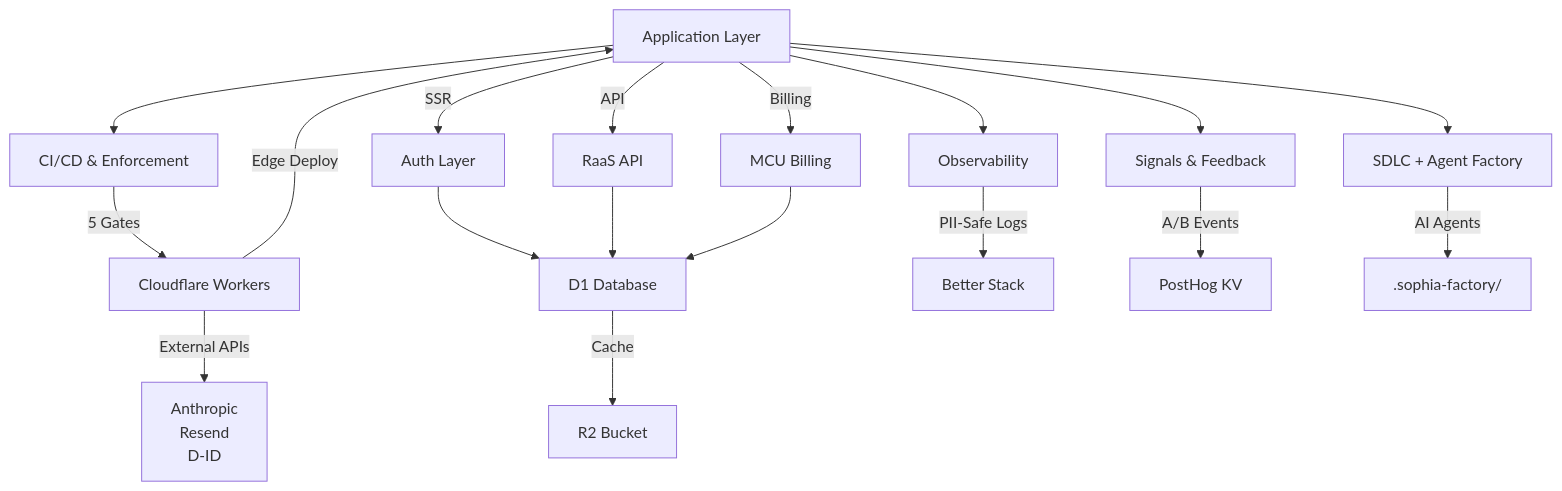
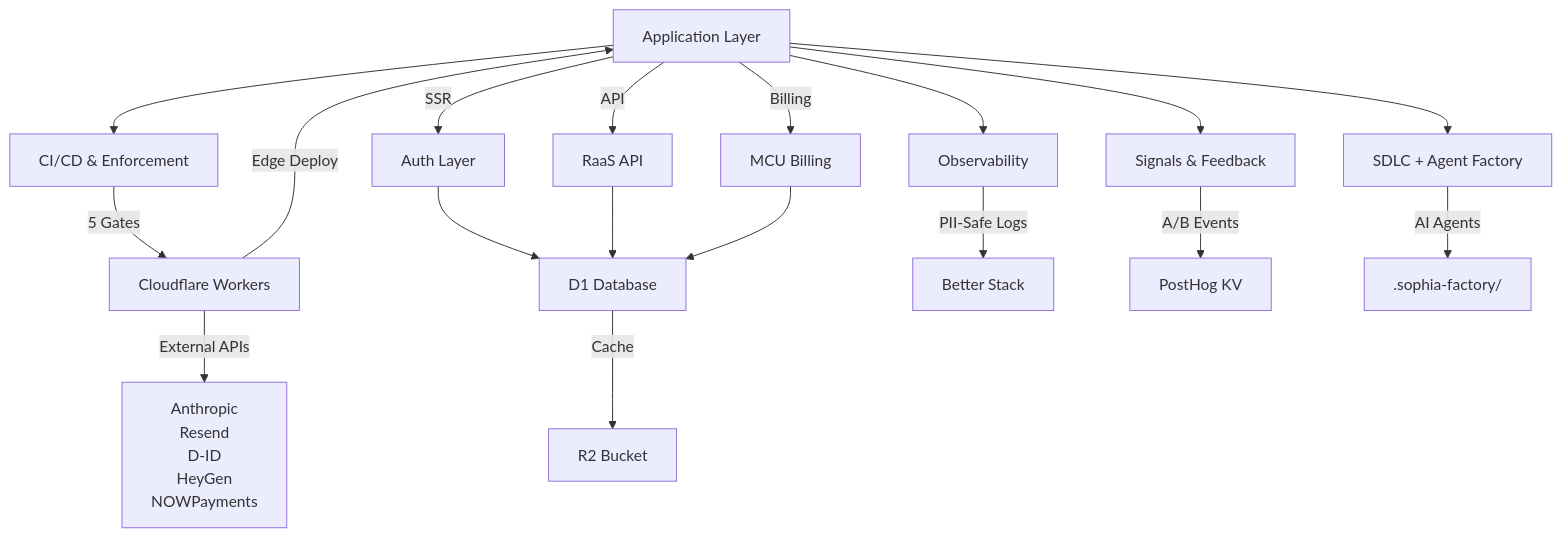
One commit to minhlongs/sophia-ai-factory changed the diagram in docs/system-architecture.md. Above: the diagram before and after it, drawn with Mermaid. The commit also changed other lines of this file and 22 other files, not shown here.

````diff
--- a/docs/system-architecture.md
+++ b/docs/system-architecture.md
@@ -32,23 +36,23 @@
 ```mermaid
 graph TB
     APP["Application Layer"] --> SDLC["SDLC + Agent Factory"]
     APP --> SIGNALS["Signals & Feedback"]
     APP --> OBS["Observability"]
     APP --> CICD["CI/CD & Enforcement"]
     CICD -->|5 Gates| CF["Cloudflare Workers"]
     CF -->|Edge Deploy| APP
     
     APP -->|SSR| AUTH["Auth Layer"]
     APP -->|API| API["RaaS API"]
     AUTH --> D1["D1 Database"]
     API --> D1
     APP -->|Billing| BILL["MCU Billing"]
     BILL --> D1
     
     OBS -->|PII-Safe Logs| BS["Better Stack"]
     SIGNALS -->|A/B Events| PH["PostHog KV"]
     SDLC -->|AI Agents| AF[".sophia-factory/"]
     
     D1 -->|Cache| R2["R2 Bucket"]
-    CF -->|External APIs| EXT["Anthropic<br/>Resend<br/>D-ID"]
+    CF -->|External APIs| EXT["Anthropic<br/>Resend<br/>D-ID<br/>HeyGen<br/>NOWPayments"]
 ```
````
